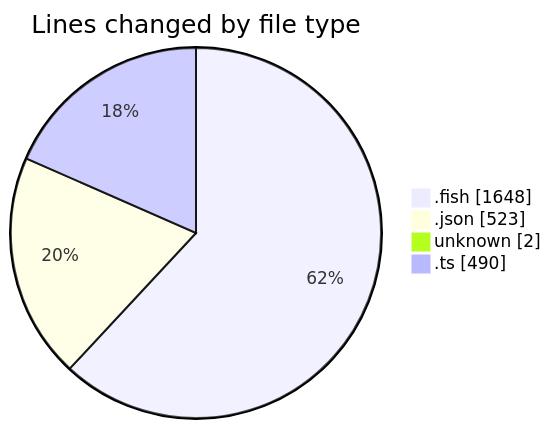
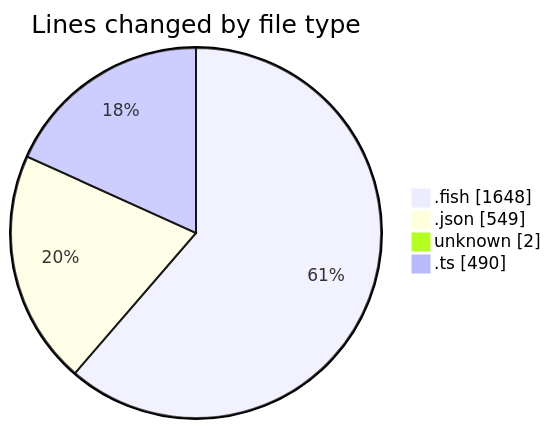
The first of 2 diagrams in 2025-07-12/fish/README.md (EIIisD/code-tracking), drawn with Mermaid before and after one commit. The commit also changed other lines of this file and 1 other file, not shown here.

````diff
--- a/2025-07-12/fish/README.md
+++ b/2025-07-12/fish/README.md
@@ -103,8 +104,8 @@
 ```mermaid
 pie showData
 title Lines changed by file type
 ".fish" : 1648
-".json" : 523
+".json" : 549
 "unknown" : 2
 ".ts" : 490
 ```
````
